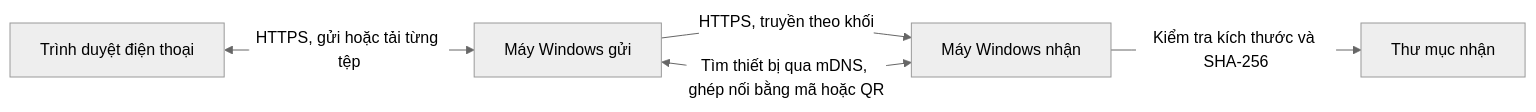
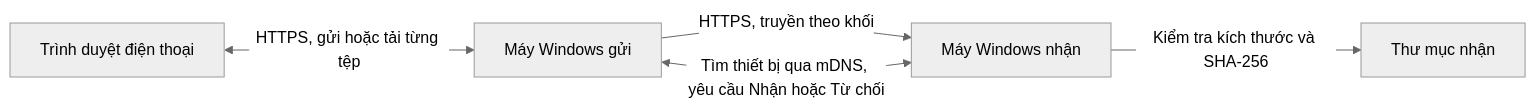
The diagram in README.md (doletrandat/filetransfer6969), drawn with Mermaid (neutral theme) before and after one commit. The commit also changed other lines of this file and 13 other files, not shown here.

First line of the commit message:
Thay đổi cơ chế ghép nối 2 máy tính

````diff
--- a/README.md
+++ b/README.md
@@ -86,7 +86,7 @@
 ```mermaid
 flowchart LR
     A[Máy Windows gửi] -->|HTTPS, truyền theo khối| B[Máy Windows nhận]
-    A <-->|Tìm thiết bị qua mDNS, ghép nối bằng mã hoặc QR| B
+    A <-->|Tìm thiết bị qua mDNS, yêu cầu Nhận hoặc Từ chối| B
     C[Trình duyệt điện thoại] <-->|HTTPS, gửi hoặc tải từng tệp| A
     B -->|Kiểm tra kích thước và SHA-256| D[Thư mục nhận]
 ```
````
